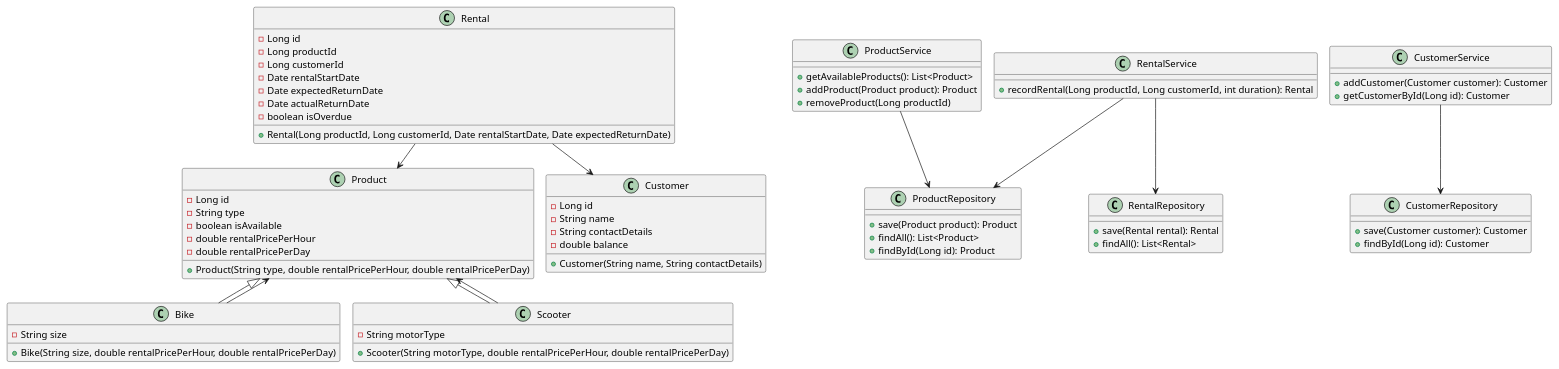
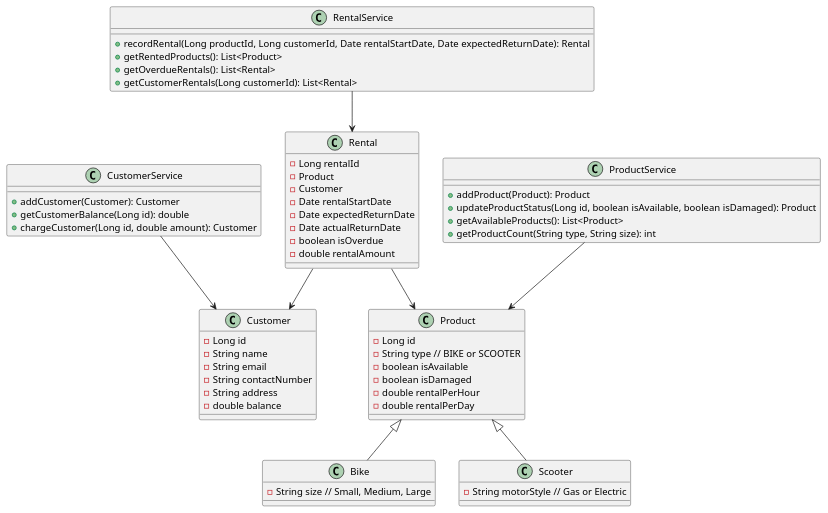
One commit to randeep-k11/system-design-LLD changed the diagram in bike-or-car-rental-shop/src/main/resources/images/Bike_Rental_Class_Diagram.puml. Above: the diagram before and after it, drawn with PlantUML. The commit also changed other lines of this file and 20 other files, not shown here.

```diff
--- a/bike-or-car-rental-shop/src/main/resources/images/Bike_Rental_Class_Diagram.puml
+++ b/bike-or-car-rental-shop/src/main/resources/images/Bike_Rental_Class_Diagram.puml
@@ -2,81 +1,64 @@
 @startuml
-!pragma layout smetana
 class Product {
   - Long id
-  - String type
+  - String type // BIKE or SCOOTER
   - boolean isAvailable
-  - double rentalPricePerHour
-  - double rentalPricePerDay
-  + Product(String type, double rentalPricePerHour, double rentalPricePerDay)
+  - boolean isDamaged
+  - double rentalPerHour
+  - double rentalPerDay
 }
 
 class Bike extends Product {
-  - String size
-  + Bike(String size, double rentalPricePerHour, double rentalPricePerDay)
+  - String size // Small, Medium, Large
 }
 
 class Scooter extends Product {
-  - String motorType
-  + Scooter(String motorType, double rentalPricePerHour, double rentalPricePerDay)
+  - String motorStyle // Gas or Electric
 }
 
 class Customer {
   - Long id
   - String name
-  - String contactDetails
+  - String email
+  - String contactNumber
+  - String address
   - double balance
-  + Customer(String name, String contactDetails)
 }
 
 class Rental {
-  - Long id
-  - Long productId
-  - Long customerId
+  - Long rentalId
+  - Product
+  - Customer
   - Date rentalStartDate
   - Date expectedReturnDate
   - Date actualReturnDate
   - boolean isOverdue
-  + Rental(Long productId, Long customerId, Date rentalStartDate, Date expectedReturnDate)
-}
-
-class ProductRepository {
-  + save(Product product): Product
-  + findAll(): List<Product>
-  + findById(Long id): Product
-}
-
-class CustomerRepository {
-  + save(Customer customer): Customer
-  + findById(Long id): Customer
-}
-
-class RentalRepository {
-  + save(Rental rental): Rental
-  + findAll(): List<Rental>
+  - double rentalAmount
 }
 
 class ProductService {
+  + addProduct(Product): Product
+  + updateProductStatus(Long id, boolean isAvailable, boolean isDamaged): Product
   + getAvailableProducts(): List<Product>
-  + addProduct(Product product): Product
-  + removeProduct(Long productId)
+  + getProductCount(String type, String size): int
 }
 
 class CustomerService {
-  + addCustomer(Customer customer): Customer
-  + getCustomerById(Long id): Customer
+  + addCustomer(Customer): Customer
+  + getCustomerBalance(Long id): double
+  + chargeCustomer(Long id, double amount): Customer
 }
 
 class RentalService {
-  + recordRental(Long productId, Long customerId, int duration): Rental
+  + recordRental(Long productId, Long customerId, Date rentalStartDate, Date expectedReturnDate): Rental
+  + getRentedProducts(): List<Product>
+  + getOverdueRentals(): List<Rental>
+  + getCustomerRentals(Long customerId): List<Rental>
 }
 
-ProductService --> ProductRepository
-CustomerService --> CustomerRepository
-RentalService --> RentalRepository
-RentalService --> ProductRepository
-
-Bike --> Product
-Scooter --> Product
+ProductService --> Product
+CustomerService --> Customer
+RentalService --> Rental
 Rental --> Product
 Rental --> Customer
 @enduml
```
